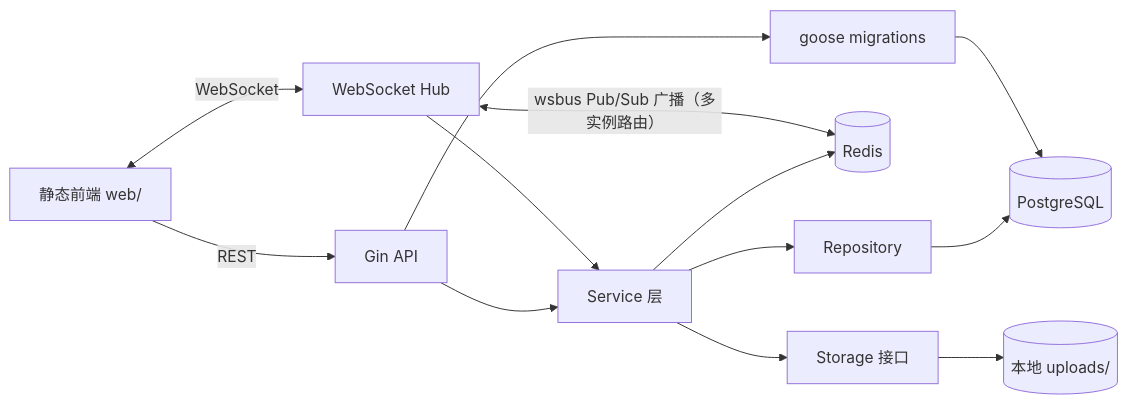
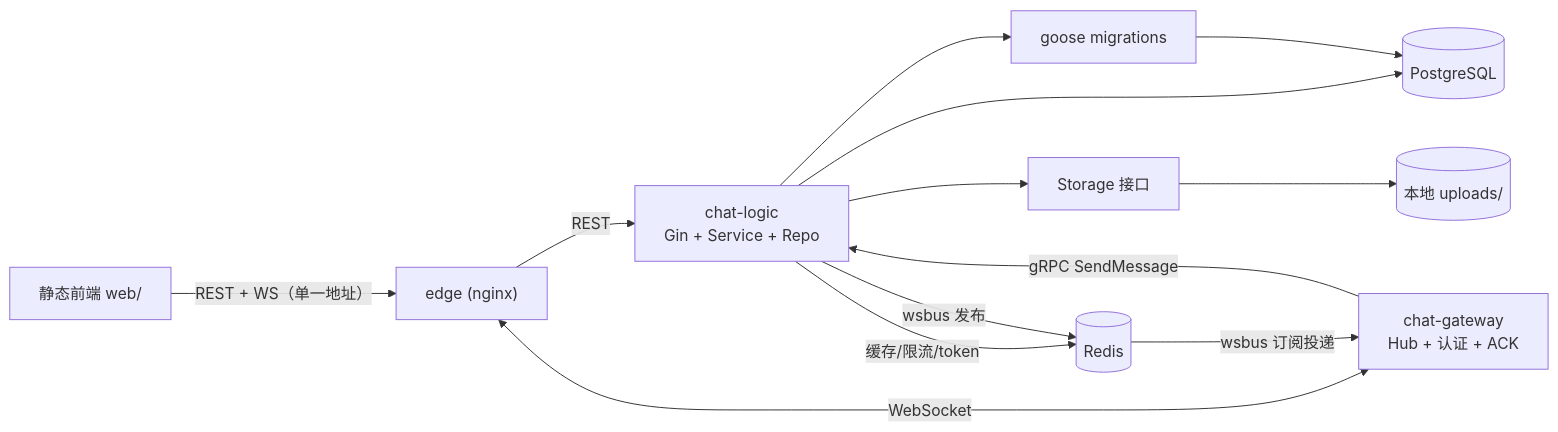
One commit to Wh1teCaat/go-chat changed the first of 4 diagrams in README.md. Above: the diagram before and after it, drawn with Mermaid. The commit also changed other lines of this file and 20 other files, not shown here.

Commit message:
阶段 2：拆分 chat-gateway + chat-logic，gRPC 通信，edge 单入口分流

````diff
--- a/README.md
+++ b/README.md
@@ -16,15 +19,13 @@
 ```mermaid
 flowchart LR
-    Browser["静态前端 web/"] -->|REST| Gin["Gin API"]
-    Browser <-->|WebSocket| WSHub["WebSocket Hub"]
-    Gin --> Service["Service 层"]
-    WSHub --> Service
-    Service --> Repo["Repository"]
-    Repo --> PG[("PostgreSQL")]
-    Service --> Redis[("Redis")]
-    Service --> Storage["Storage 接口"]
-    Storage --> Local[("本地 uploads/")]
-    Gin --> Goose["goose migrations"]
-    Goose --> PG
-    WSHub <-->|"wsbus Pub/Sub 广播（多实例路由）"| Redis
+    Browser["静态前端 web/"] -->|"REST + WS（单一地址）"| Edge["edge (nginx)"]
+    Edge -->|REST| Logic["chat-logic<br/>Gin + Service + Repo"]
+    Edge <-->|WebSocket| GW["chat-gateway<br/>Hub + 认证 + ACK"]
+    GW -->|gRPC SendMessage| Logic
+    Logic --> PG[("PostgreSQL")]
+    Logic -->|"缓存/限流/token"| Redis[("Redis")]
+    Logic -->|"wsbus 发布"| Redis
+    Redis -->|"wsbus 订阅投递"| GW
+    Logic --> Storage["Storage 接口"] --> Local[("本地 uploads/")]
+    Logic --> Goose["goose migrations"] --> PG
 ```
````
